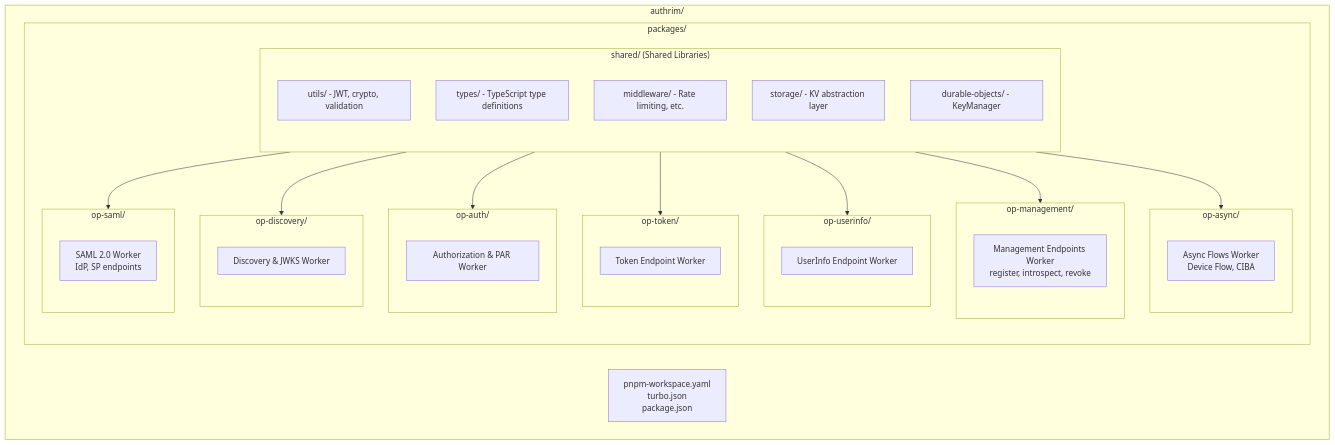
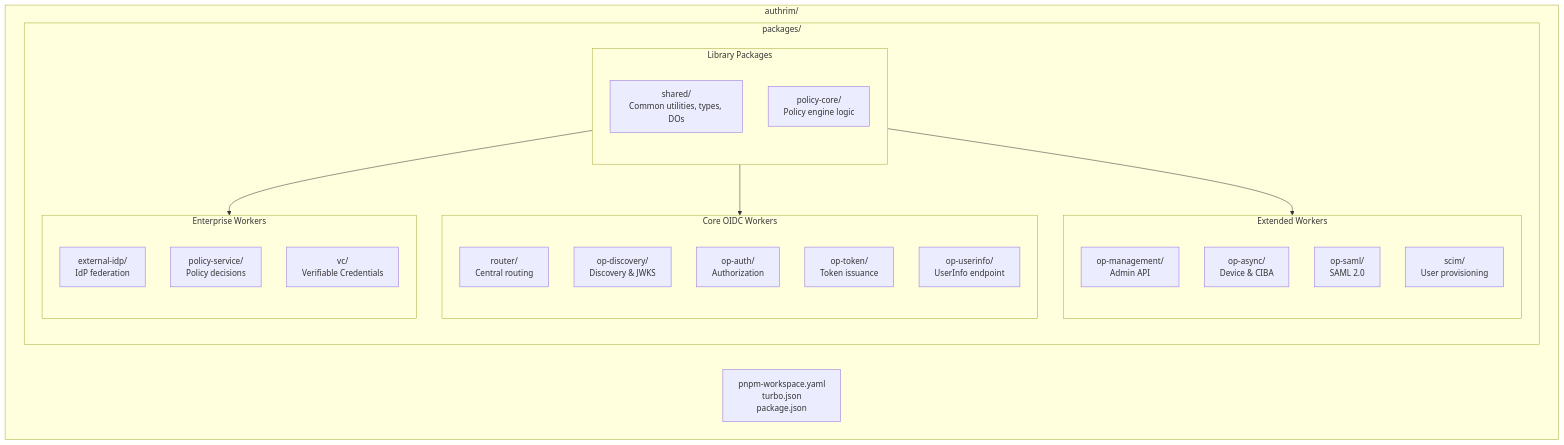
Before and after one commit to fossabot/authrim: the first of 3 diagrams in docs/architecture/workers.md, drawn with Mermaid. The commit also changed other lines of this file and 39 other files, not shown here.

````diff
--- a/docs/architecture/workers.md
+++ b/docs/architecture/workers.md
@@ -7,52 +20,38 @@
 ```mermaid
 graph TB
     subgraph Root["authrim/"]
         subgraph Packages["packages/"]
-            subgraph Shared["shared/ (Shared Libraries)"]
-                S_Utils["utils/ - JWT, crypto, validation"]
-                S_Types["types/ - TypeScript type definitions"]
-                S_MW["middleware/ - Rate limiting, etc."]
-                S_Storage["storage/ - KV abstraction layer"]
-                S_DO["durable-objects/ - KeyManager"]
+            subgraph Libraries["Library Packages"]
+                Shared["shared/<br/>Common utilities, types, DOs"]
+                PolicyCore["policy-core/<br/>Policy engine logic"]
             end
 
-            subgraph Discovery["op-discovery/"]
-                D_Desc["Discovery & JWKS Worker"]
+            subgraph CoreWorkers["Core OIDC Workers"]
+                Router["router/<br/>Central routing"]
+                Discovery["op-discovery/<br/>Discovery & JWKS"]
+                Auth["op-auth/<br/>Authorization"]
+                Token["op-token/<br/>Token issuance"]
+                UserInfo["op-userinfo/<br/>UserInfo endpoint"]
             end
 
-            subgraph Auth["op-auth/"]
-                A_Desc["Authorization & PAR Worker"]
+            subgraph ExtendedWorkers["Extended Workers"]
+                Management["op-management/<br/>Admin API"]
+                Async["op-async/<br/>Device & CIBA"]
+                SAML["op-saml/<br/>SAML 2.0"]
+                SCIM["scim/<br/>User provisioning"]
             end
 
-            subgraph Token["op-token/"]
-                T_Desc["Token Endpoint Worker"]
-            end
-
-            subgraph UserInfo["op-userinfo/"]
-                U_Desc["UserInfo Endpoint Worker"]
-            end
-
-            subgraph Management["op-management/"]
-                M_Desc["Management Endpoints Worker<br/>register, introspect, revoke"]
-            end
-
-            subgraph Async["op-async/"]
-                AS_Desc["Async Flows Worker<br/>Device Flow, CIBA"]
-            end
-
-            subgraph SAML["op-saml/"]
-                SAML_Desc["SAML 2.0 Worker<br/>IdP, SP endpoints"]
+            subgraph EnterpriseWorkers["Enterprise Workers"]
+                ExternalIdP["external-idp/<br/>IdP federation"]
+                PolicySvc["policy-service/<br/>Policy decisions"]
+                VC["vc/<br/>Verifiable Credentials"]
             end
         end
 
         Config["pnpm-workspace.yaml<br/>turbo.json<br/>package.json"]
     end
 
-    Shared --> Discovery
-    Shared --> Auth
-    Shared --> Token
-    Shared --> UserInfo
-    Shared --> Management
-    Shared --> Async
-    Shared --> SAML
+    Libraries --> CoreWorkers
+    Libraries --> ExtendedWorkers
+    Libraries --> EnterpriseWorkers
 ```
````
